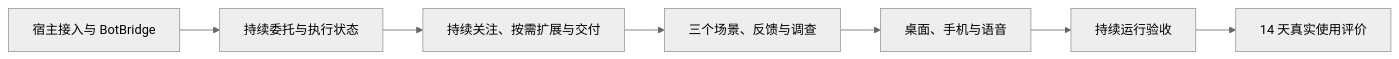
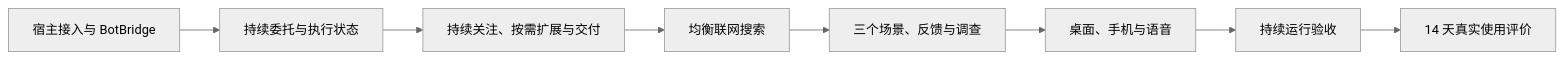
One commit to Jonah-Wu23/dsh-icarus changed the diagram in docs/DEVELOPMENT_PLAN.md. Above: the diagram before and after it, drawn with Mermaid (neutral theme). The commit also changed other lines of this file and 41 other files, not shown here.

````diff
--- a/docs/DEVELOPMENT_PLAN.md
+++ b/docs/DEVELOPMENT_PLAN.md
@@ -164,9 +172,10 @@
 ```mermaid
 flowchart LR
     M1[宿主接入与 BotBridge] --> M2[持续委托与执行状态]
     M2 --> M3[持续关注、按需扩展与交付]
-    M3 --> M4[三个场景、反馈与调查]
+    M3 --> M399[均衡联网搜索]
+    M399 --> M4[三个场景、反馈与调查]
     M4 --> M5[桌面、手机与语音]
     M5 --> M6[持续运行验收]
     M6 --> V[14 天真实使用评价]
 ```
````
